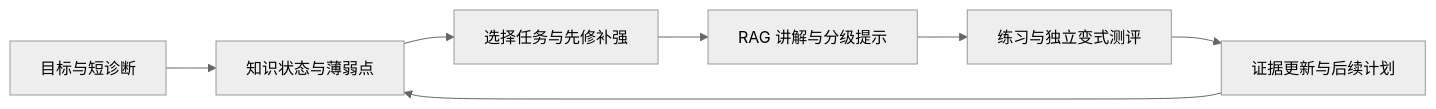
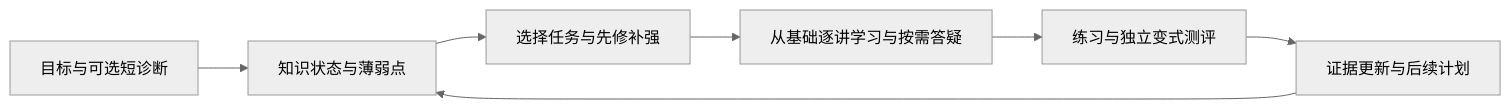
The first of 2 diagrams in MindOS_最终设计大纲.md (HERMIT636/mindos-learning), drawn with Mermaid (neutral theme) before and after one commit. The commit also changed other lines of this file and 40 other files, not shown here.

````diff
--- a/MindOS_最终设计大纲.md
+++ b/MindOS_最终设计大纲.md
@@ -236,9 +236,9 @@
 ```mermaid
 flowchart LR
-    A[目标与短诊断] --> B[知识状态与薄弱点]
+    A[目标与可选短诊断] --> B[知识状态与薄弱点]
     B --> C[选择任务与先修补强]
-    C --> D[RAG 讲解与分级提示]
+    C --> D[从基础逐讲学习与按需答疑]
     D --> E[练习与独立变式测评]
     E --> F[证据更新与后续计划]
     F --> B
 ```
````
